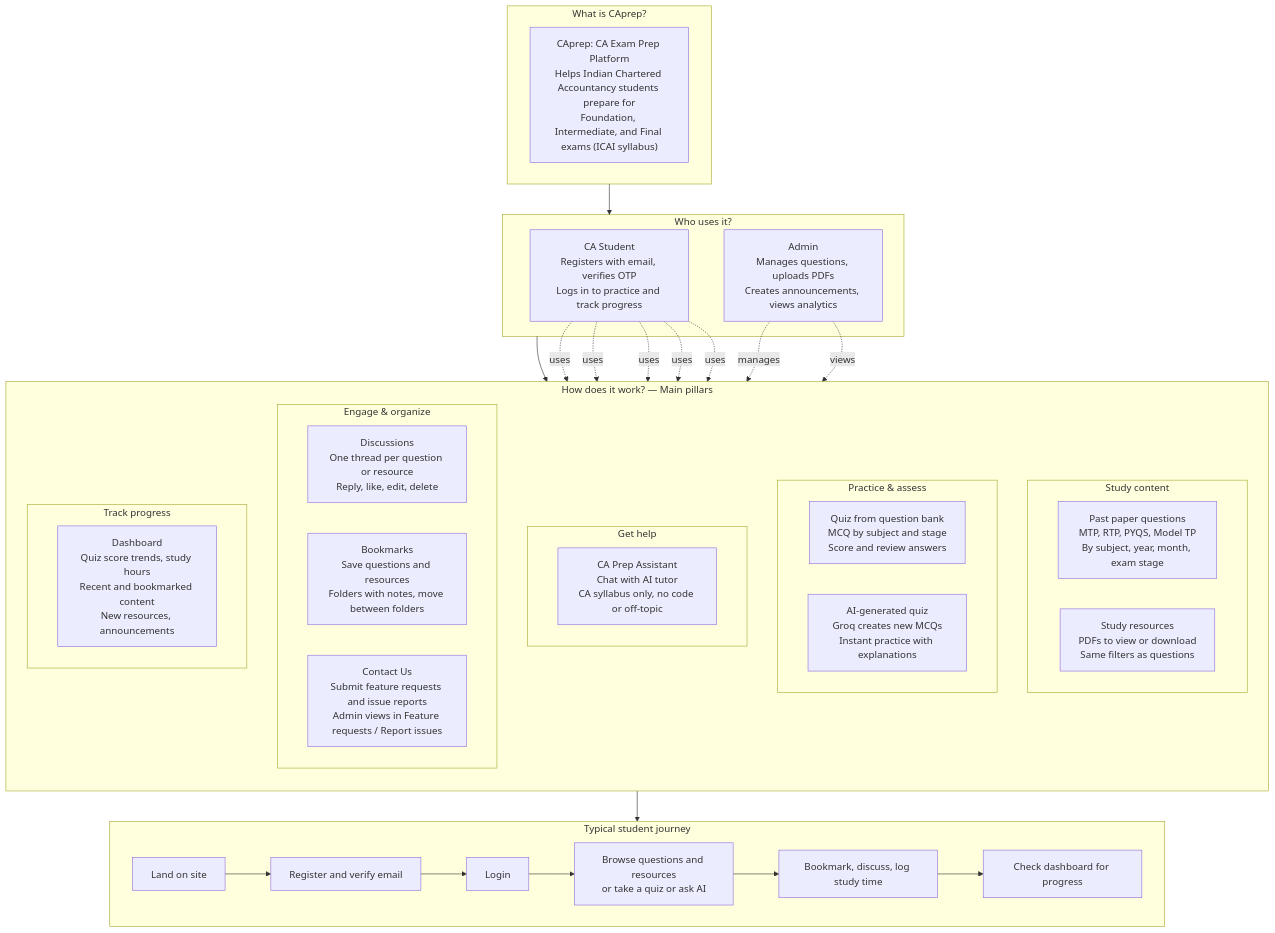
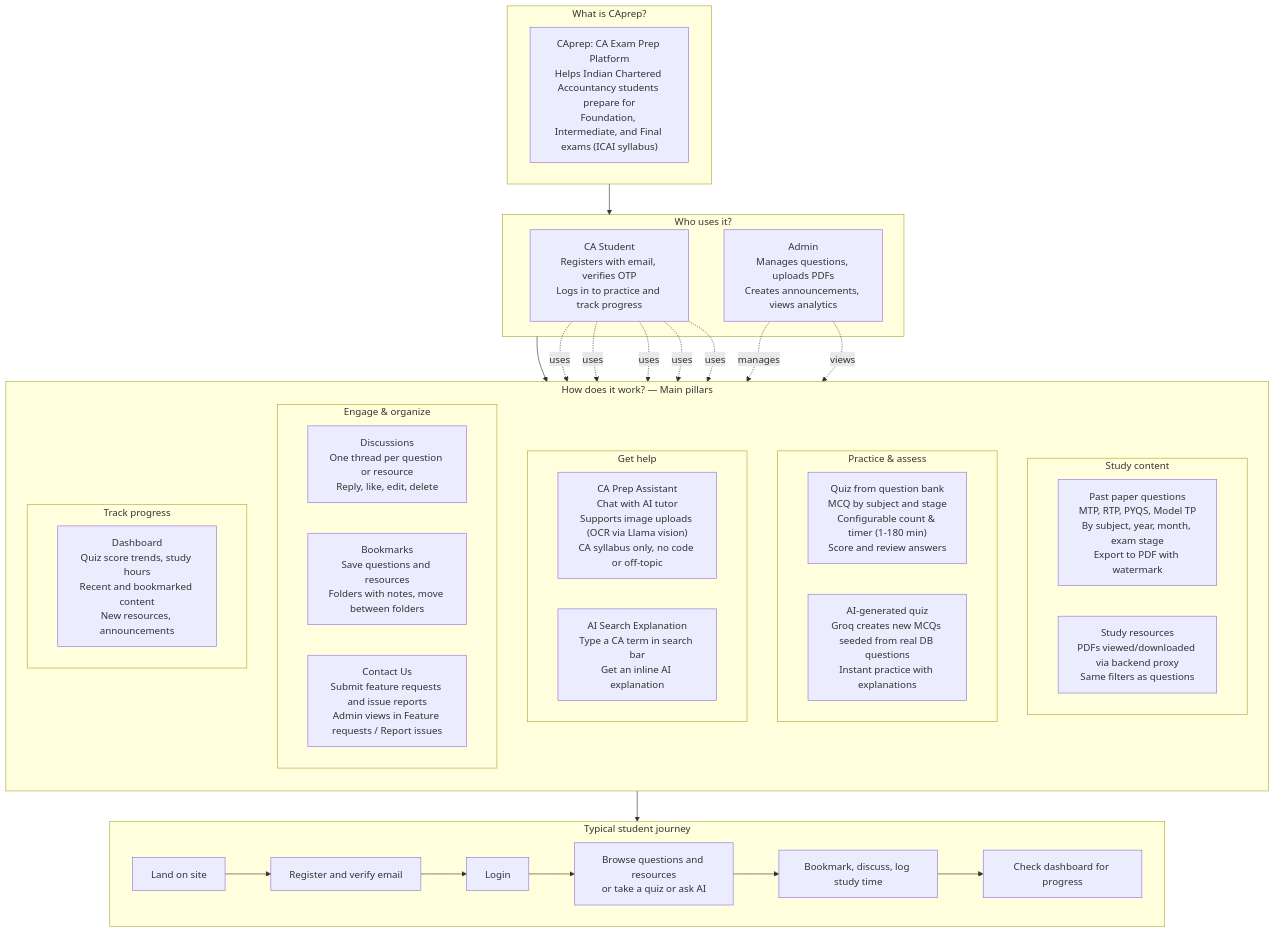
One commit to TheVish04/CAprep changed the first of 6 diagrams in README.md. Above: the diagram before and after it, drawn with Mermaid. The commit also changed other lines of this file and 13 other files, not shown here.

````diff
--- a/README.md
+++ b/README.md
@@ -150,56 +160,57 @@
 ```mermaid
 flowchart TB
     subgraph What["What is CAprep?"]
         Purpose["CAprep: CA Exam Prep Platform<br/>Helps Indian Chartered Accountancy students prepare for<br/>Foundation, Intermediate, and Final exams (ICAI syllabus)"]
     end
 
     subgraph Who["Who uses it?"]
         Student["CA Student<br/>Registers with email, verifies OTP<br/>Logs in to practice and track progress"]
         Admin["Admin<br/>Manages questions, uploads PDFs<br/>Creates announcements, views analytics"]
     end
 
     subgraph How["How does it work? — Main pillars"]
         direction TB
         subgraph Content["Study content"]
-            Q["Past paper questions<br/>MTP, RTP, PYQS, Model TP<br/>By subject, year, month, exam stage"]
-            R["Study resources<br/>PDFs to view or download<br/>Same filters as questions"]
+            Q["Past paper questions<br/>MTP, RTP, PYQS, Model TP<br/>By subject, year, month, exam stage<br/>Export to PDF with watermark"]
+            R["Study resources<br/>PDFs viewed/downloaded via backend proxy<br/>Same filters as questions"]
         end
         subgraph Practice["Practice & assess"]
-            QuizBank["Quiz from question bank<br/>MCQ by subject and stage<br/>Score and review answers"]
-            AIQuiz["AI-generated quiz<br/>Groq creates new MCQs<br/>Instant practice with explanations"]
+            QuizBank["Quiz from question bank<br/>MCQ by subject and stage<br/>Configurable count & timer (1-180 min)<br/>Score and review answers"]
+            AIQuiz["AI-generated quiz<br/>Groq creates new MCQs seeded from real DB questions<br/>Instant practice with explanations"]
         end
         subgraph Help["Get help"]
-            AIChat["CA Prep Assistant<br/>Chat with AI tutor<br/>CA syllabus only, no code or off-topic"]
+            AIChat["CA Prep Assistant<br/>Chat with AI tutor<br/>Supports image uploads (OCR via Llama vision)<br/>CA syllabus only, no code or off-topic"]
+            SearchExp["AI Search Explanation<br/>Type a CA term in search bar<br/>Get an inline AI explanation"]
         end
         subgraph Engage["Engage & organize"]
             Discuss["Discussions<br/>One thread per question or resource<br/>Reply, like, edit, delete"]
             Bookmark["Bookmarks<br/>Save questions and resources<br/>Folders with notes, move between folders"]
             Contact["Contact Us<br/>Submit feature requests and issue reports<br/>Admin views in Feature requests / Report issues"]
         end
         subgraph Track["Track progress"]
             Dash["Dashboard<br/>Quiz score trends, study hours<br/>Recent and bookmarked content<br/>New resources, announcements"]
         end
     end
 
     subgraph Flow["Typical student journey"]
         F1["Land on site"]
         F2["Register and verify email"]
         F3["Login"]
         F4["Browse questions and resources<br/>or take a quiz or ask AI"]
         F5["Bookmark, discuss, log study time"]
         F6["Check dashboard for progress"]
         F1 --> F2 --> F3 --> F4 --> F5 --> F6
     end
 
     What --> Who
     Who --> How
     How --> Flow
 
     Student -.->|uses| Content
     Student -.->|uses| Practice
     Student -.->|uses| Help
     Student -.->|uses| Engage
     Student -.->|uses| Track
     Admin -.->|manages| Content
     Admin -.->|views| Track
 ```
````
